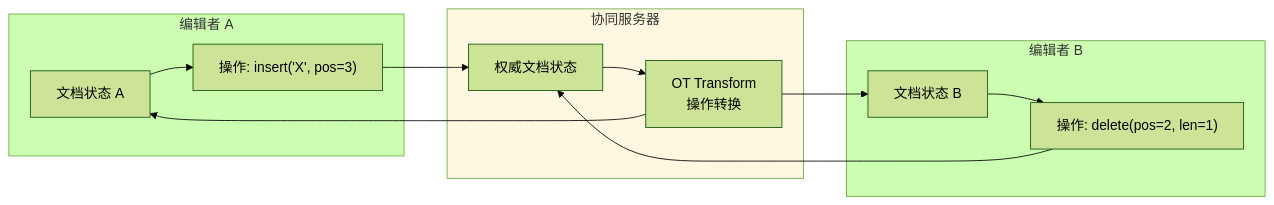
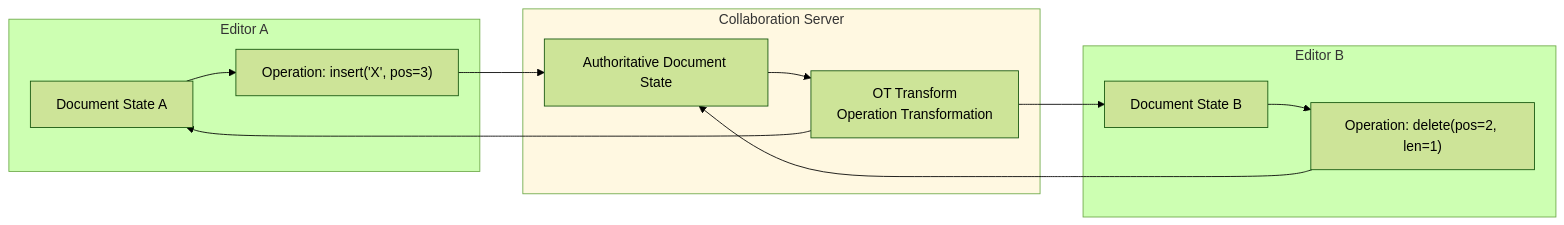
The fifth of 10 diagrams in tree/application/architecture/cms-architecture.md (teaglebuilt/knowledge-tree), drawn with Mermaid (forest theme) before and after one commit. The commit also changed other lines of this file and 8 other files, not shown here.

````diff
--- a/tree/application/architecture/cms-architecture.md
+++ b/tree/application/architecture/cms-architecture.md
@@ -276,23 +278,23 @@
 ```mermaid
 flowchart LR
-    subgraph ClientA["编辑者 A"]
-        A_DOC["文档状态 A"]
-        A_OP["操作: insert('X', pos=3)"]
+    subgraph ClientA["Editor A"]
+        A_DOC["Document State A"]
+        A_OP["Operation: insert('X', pos=3)"]
     end
 
-    subgraph Server["协同服务器"]
-        SERVER_DOC["权威文档状态"]
-        TRANSFORM["OT Transform<br/>操作转换"]
+    subgraph Server["Collaboration Server"]
+        SERVER_DOC["Authoritative Document State"]
+        TRANSFORM["OT Transform<br/>Operation Transformation"]
     end
 
-    subgraph ClientB["编辑者 B"]
-        B_DOC["文档状态 B"]
-        B_OP["操作: delete(pos=2, len=1)"]
+    subgraph ClientB["Editor B"]
+        B_DOC["Document State B"]
+        B_OP["Operation: delete(pos=2, len=1)"]
     end
 
     A_DOC --> A_OP --> SERVER_DOC
     B_DOC --> B_OP --> SERVER_DOC
     SERVER_DOC --> TRANSFORM --> A_DOC & B_DOC
 
     style Server fill:#fff8e1
 ```
````
